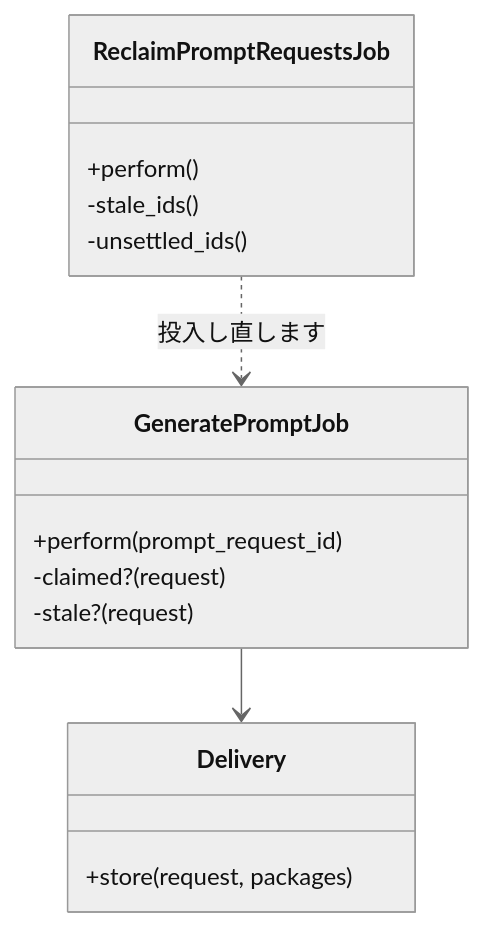
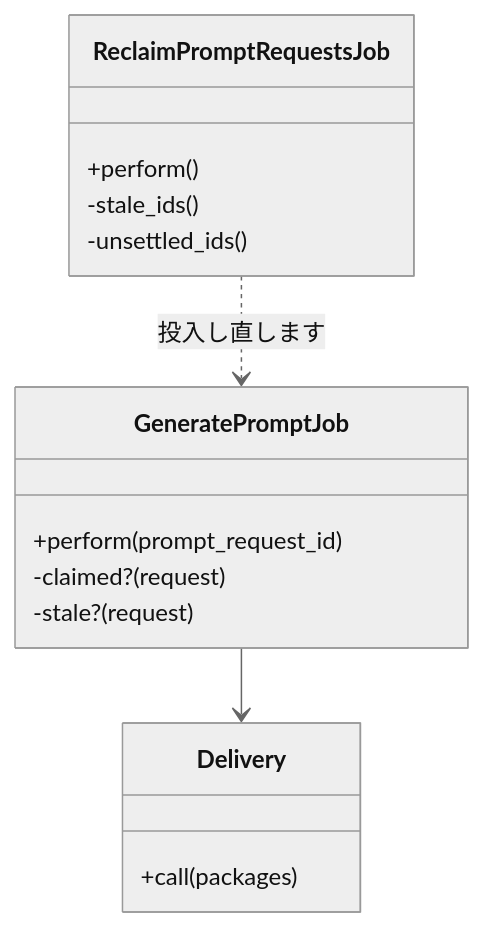
The fifth of 5 diagrams in SPEC/class.md (rictaworks/hero-prompt-forge), drawn with Mermaid (neutral theme) before and after one commit. The commit also changed other lines of this file and 9 other files, not shown here.

````diff
--- a/SPEC/class.md
+++ b/SPEC/class.md
@@ -169,19 +183,19 @@
 ```mermaid
 classDiagram
     class GeneratePromptJob {
         +perform(prompt_request_id)
         -claimed?(request)
         -stale?(request)
     }
     class ReclaimPromptRequestsJob {
         +perform()
         -stale_ids()
         -unsettled_ids()
     }
     class Delivery {
-        +store(request, packages)
+        +call(packages)
     }
 
     ReclaimPromptRequestsJob ..> GeneratePromptJob : 投入し直します
     GeneratePromptJob --> Delivery
 ```
````
